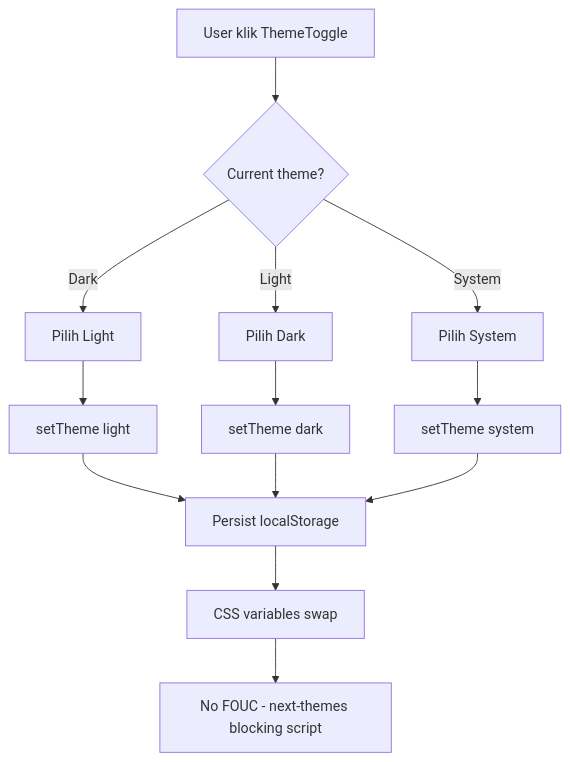
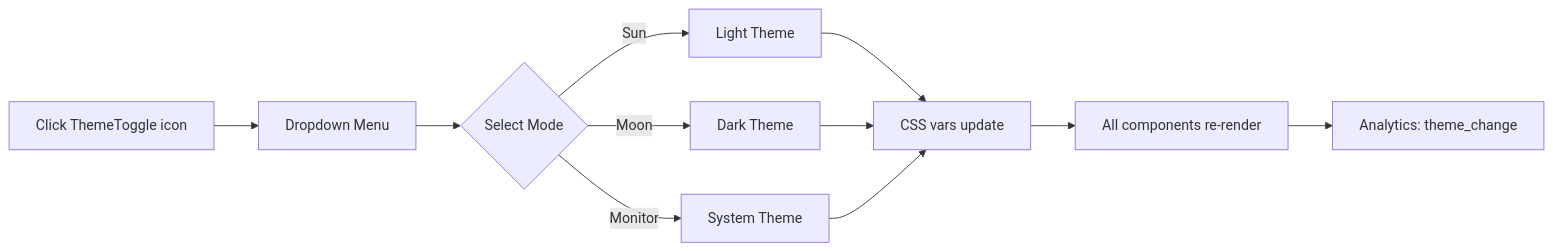
Before and after one commit to agrianwahab29/agrinode-promptflow: the second of 3 diagrams in product-docs/UIUX_SPEC.md, drawn with Mermaid. The commit also changed other lines of this file and 21 other files, not shown here.

````diff
--- a/product-docs/UIUX_SPEC.md
+++ b/product-docs/UIUX_SPEC.md
@@ -570,15 +561,13 @@
 ```mermaid
-flowchart TD
-    A[User klik ThemeToggle] --> B{Current theme?}
-    B -->|Dark| C[Pilih Light]
-    B -->|Light| D[Pilih Dark]
-    B -->|System| E[Pilih System]
-    C --> F[setTheme light]
-    D --> G[setTheme dark]
-    E --> H[setTheme system]
-    F --> I[Persist localStorage]
-    G --> I
-    H --> I
-    I --> J[CSS variables swap]
-    J --> K[No FOUC - next-themes blocking script]
+flowchart LR
+    A[Click ThemeToggle icon] --> B[Dropdown Menu]
+    B --> C{Select Mode}
+    C -->|Sun| D[Light Theme]
+    C -->|Moon| E[Dark Theme]
+    C -->|Monitor| F[System Theme]
+    D --> G[CSS vars update]
+    E --> G
+    F --> G
+    G --> H[All components re-render]
+    H --> I[Analytics: theme_change]
 ```
````
